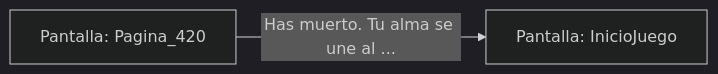
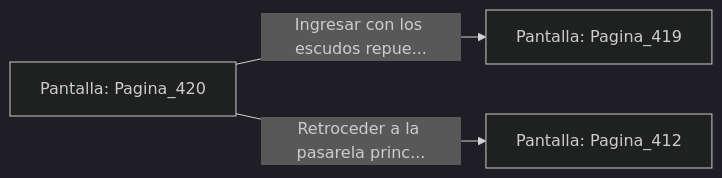
Before and after one commit to metsuke/mpl: the diagram in sample/eligejuego-vault/Pantalla_Pagina_420.md, drawn with Mermaid (dark theme). The commit also changed other lines of this file and 635 other files, not shown here.

First line of the commit message:
fix: añadir Pagina_1 como pantalla inicial en capitulo_01.mpl

````diff
--- a/sample/eligejuego-vault/Pantalla_Pagina_420.md
+++ b/sample/eligejuego-vault/Pantalla_Pagina_420.md
@@ -17,5 +22,6 @@
 ```mermaid
 graph LR
     P_Pagina_420["Pantalla: Pagina_420"]
-    P_Pagina_420 -->|"Has muerto. Tu alma se une al ..."| P_InicioJuego["Pantalla: InicioJuego"]
+    P_Pagina_420 -->|"Ingresar con los escudos repue..."| P_Pagina_419["Pantalla: Pagina_419"]
+    P_Pagina_420 -->|"Retroceder a la pasarela princ..."| P_Pagina_412["Pantalla: Pagina_412"]
 ```
````
